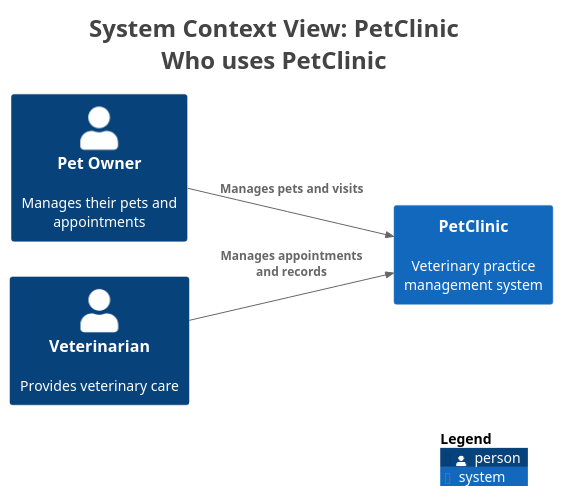
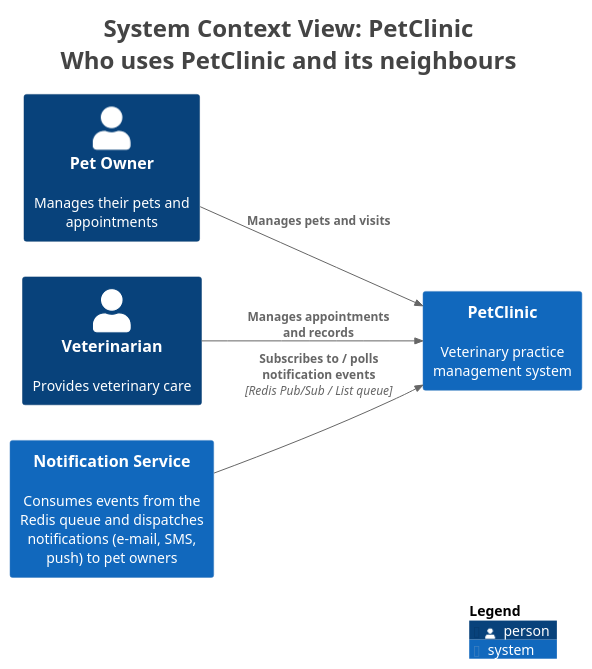
Before and after one commit to victorrentea/petclinic: the diagram in petclinic-backend/docs/generated/c4views/C1-Context.puml, drawn with PlantUML. The commit also changed 2 other files, not shown here.

Commit message:
docs(arch): model horizontal scaling — Redis cache & notification service
Update the C4 model to reflect the target topology behind the pagination
work: a horizontally-scaled backend, a shared Redis cache / queue, and a
downstream Notification Service that consumes owner events. This is the
architectural context that makes server-side paging necessary — no single
instance holds the full result set in memory.

```diff
--- a/petclinic-backend/docs/generated/c4views/C1-Context.puml
+++ b/petclinic-backend/docs/generated/c4views/C1-Context.puml
@@ -1,26 +1,28 @@
 @startuml
-title <size:24>System Context View: PetClinic</size>\n<size:24>Who uses PetClinic</size>
+title <size:24>System Context View: PetClinic</size>\n<size:24>Who uses PetClinic and its neighbours</size>
 
 set separator none
 left to right direction
 
 <style>
   root {
     BackgroundColor: #ffffff
     FontColor: #444444
   }
 </style>
 
 !include <C4/C4>
 !include <C4/C4_Context>
 
 Person(PetOwner, "Pet Owner", $descr="Manages their pets and appointments", $tags="", $link="")
 Person(Veterinarian, "Veterinarian", $descr="Provides veterinary care", $tags="", $link="")
+System(NotificationService, "Notification Service", $descr="Consumes events from the Redis queue and dispatches notifications (e-mail, SMS, push) to pet owners", $tags="", $link="")
 System(PetClinic, "PetClinic", $descr="Veterinary practice management system", $tags="", $link="")
 
 Rel(PetOwner, PetClinic, "Manages pets and visits", $techn="", $tags="", $link="")
 Rel(Veterinarian, PetClinic, "Manages appointments and records", $techn="", $tags="", $link="")
+Rel(NotificationService, PetClinic, "Subscribes to / polls notification events", $techn="Redis Pub/Sub / List queue", $tags="", $link="")
 
 SHOW_LEGEND(true)
 hide stereotypes
 @enduml
```
